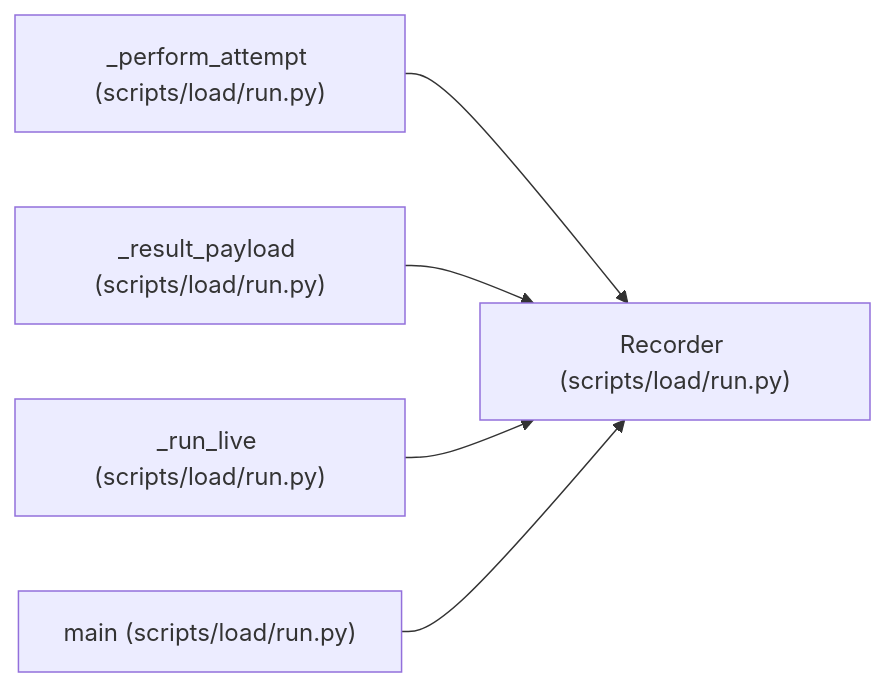
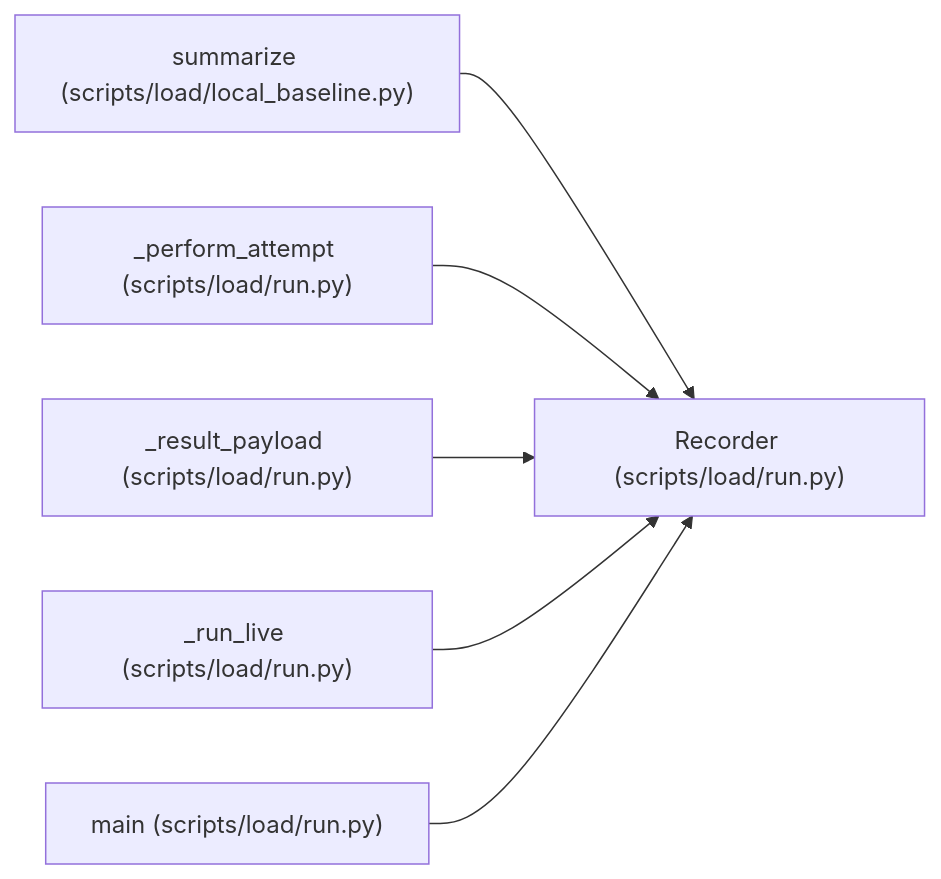
The diagram in docs/llm_wiki/entities/Recorder.md (Denissvgn/WorkChord), drawn with Mermaid before and after one commit. The commit also changed other lines of this file and 2509 other files, not shown here.

````diff
--- a/docs/llm_wiki/entities/Recorder.md
+++ b/docs/llm_wiki/entities/Recorder.md
@@ -47,17 +47,20 @@
 ```mermaid
 flowchart LR
     n0["Recorder (scripts/load/run.py)"]
-    n1["_perform_attempt (scripts/load/run.py)"]
-    n2["_result_payload (scripts/load/run.py)"]
-    n3["_run_live (scripts/load/run.py)"]
-    n4["main (scripts/load/run.py)"]
+    n1["summarize (scripts/load/local_baseline.py)"]
+    n2["_perform_attempt (scripts/load/run.py)"]
+    n3["_result_payload (scripts/load/run.py)"]
+    n4["_run_live (scripts/load/run.py)"]
+    n5["main (scripts/load/run.py)"]
     n1 --> n0
     n2 --> n0
     n3 --> n0
     n4 --> n0
+    n5 --> n0
     click n0 "../modules/run.md"
-    click n1 "../modules/run.md"
+    click n1 "../modules/local_baseline.md"
     click n2 "../modules/run.md"
     click n3 "../modules/run.md"
     click n4 "../modules/run.md"
+    click n5 "../modules/run.md"
 ```
````
